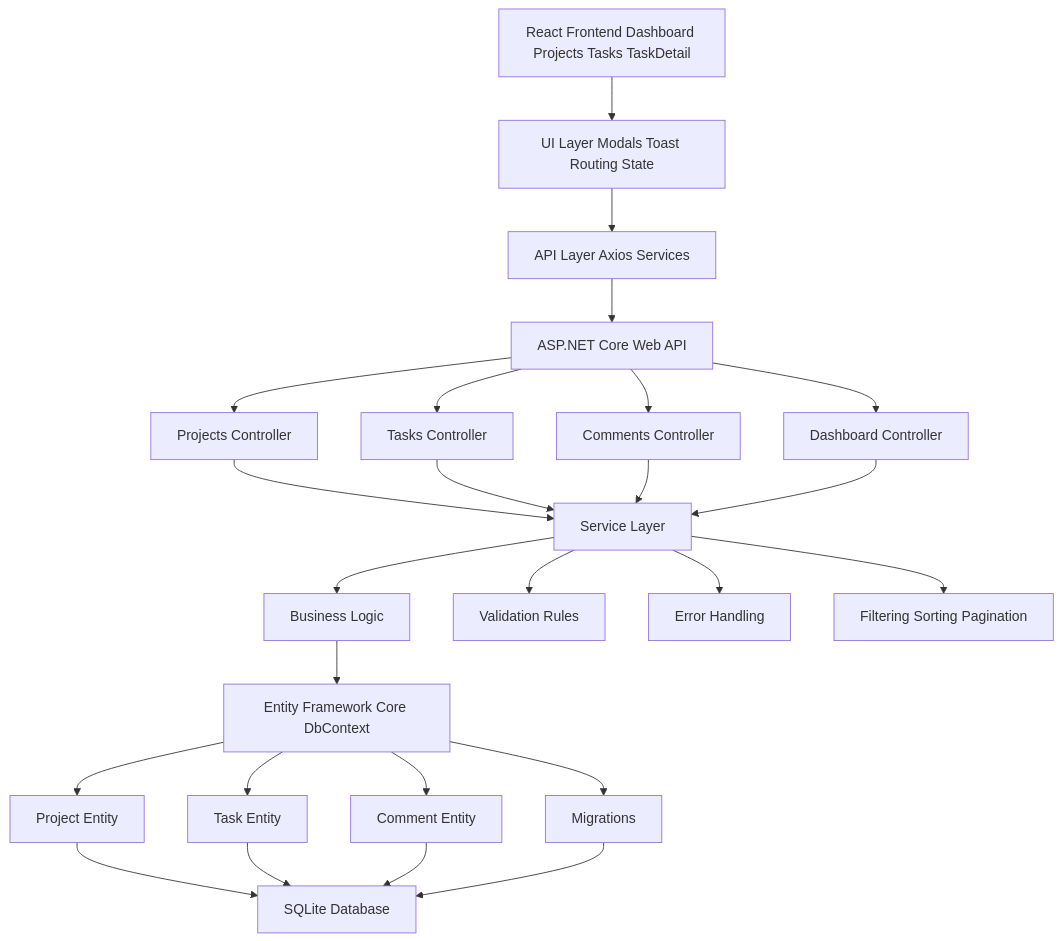
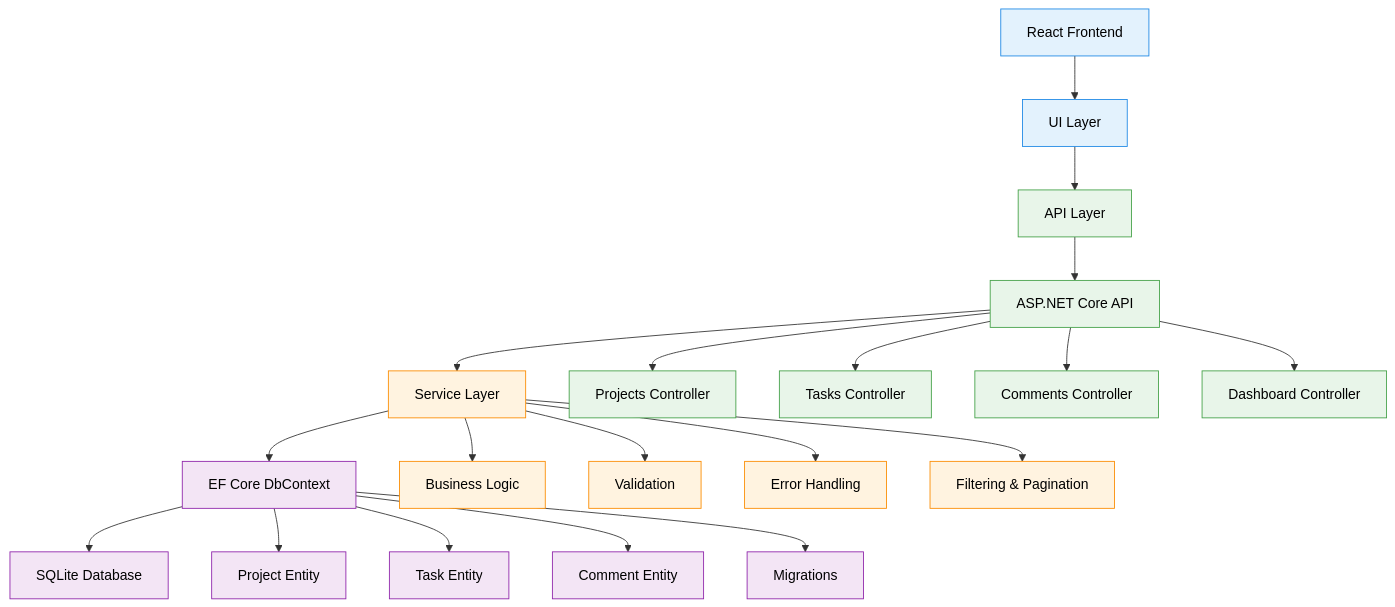
One commit to logicscienc/task-board-app changed the diagram in README.md. Above: the diagram before and after it, drawn with Mermaid.

Commit message:
Refactor architecture diagram in README.md

````diff
--- a/README.md
+++ b/README.md
@@ -164,36 +164,37 @@
 ```mermaid
 graph TD
 
-A[React Frontend Dashboard Projects Tasks TaskDetail] --> B[UI Layer Modals Toast Routing State]
-
-B --> C[API Layer Axios Services]
-
-C --> D[ASP.NET Core Web API]
+A[React Frontend] --> B[UI Layer]
+B --> C[API Layer]
+C --> D[ASP.NET Core API]
+D --> E[Service Layer]
+E --> F[EF Core DbContext]
+F --> G[SQLite Database]
 
 D --> D1[Projects Controller]
 D --> D2[Tasks Controller]
 D --> D3[Comments Controller]
 D --> D4[Dashboard Controller]
 
-D1 --> E[Service Layer]
-D2 --> E
-D3 --> E
-D4 --> E
+E --> E1[Business Logic]
+E --> E2[Validation]
+E --> E3[Error Handling]
+E --> E4[Filtering & Pagination]
 
-E --> F1[Business Logic]
-E --> F2[Validation Rules]
-E --> F3[Error Handling]
-E --> F4[Filtering Sorting Pagination]
+F --> F1[Project Entity]
+F --> F2[Task Entity]
+F --> F3[Comment Entity]
+F --> F4[Migrations]
 
-F1 --> G[Entity Framework Core DbContext]
+%% ===== STYLES =====
+classDef frontend fill:#E3F2FD,stroke:#1E88E5,color:#000;
+classDef backend fill:#E8F5E9,stroke:#43A047,color:#000;
+classDef service fill:#FFF3E0,stroke:#FB8C00,color:#000;
+classDef db fill:#F3E5F5,stroke:#8E24AA,color:#000;
 
-G --> H1[Project Entity]
-G --> H2[Task Entity]
-G --> H3[Comment Entity]
-G --> H4[Migrations]
-
-H1 --> I[SQLite Database]
-H2 --> I
-H3 --> I
-H4 --> I
+class A,B frontend;
+class C,D,D1,D2,D3,D4 backend;
+class E,E1,E2,E3,E4 service;
+class F,F1,F2,F3,F4 db;
+class G db;
 ```
````
